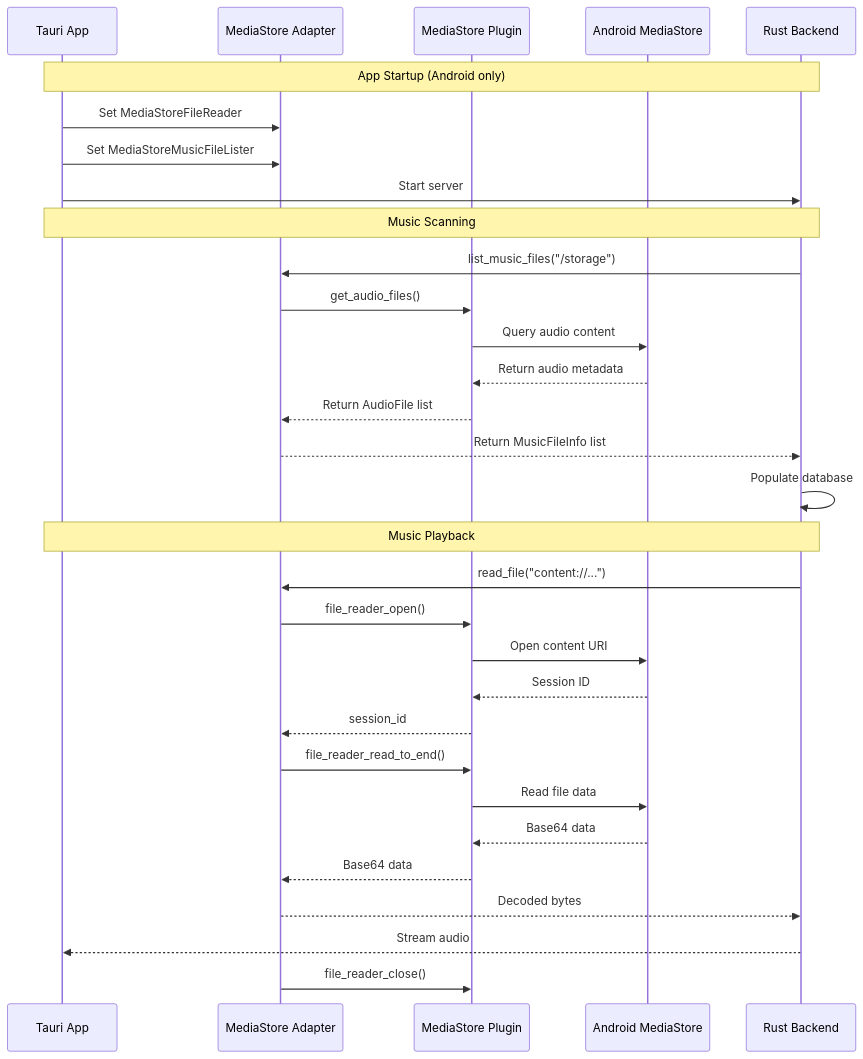
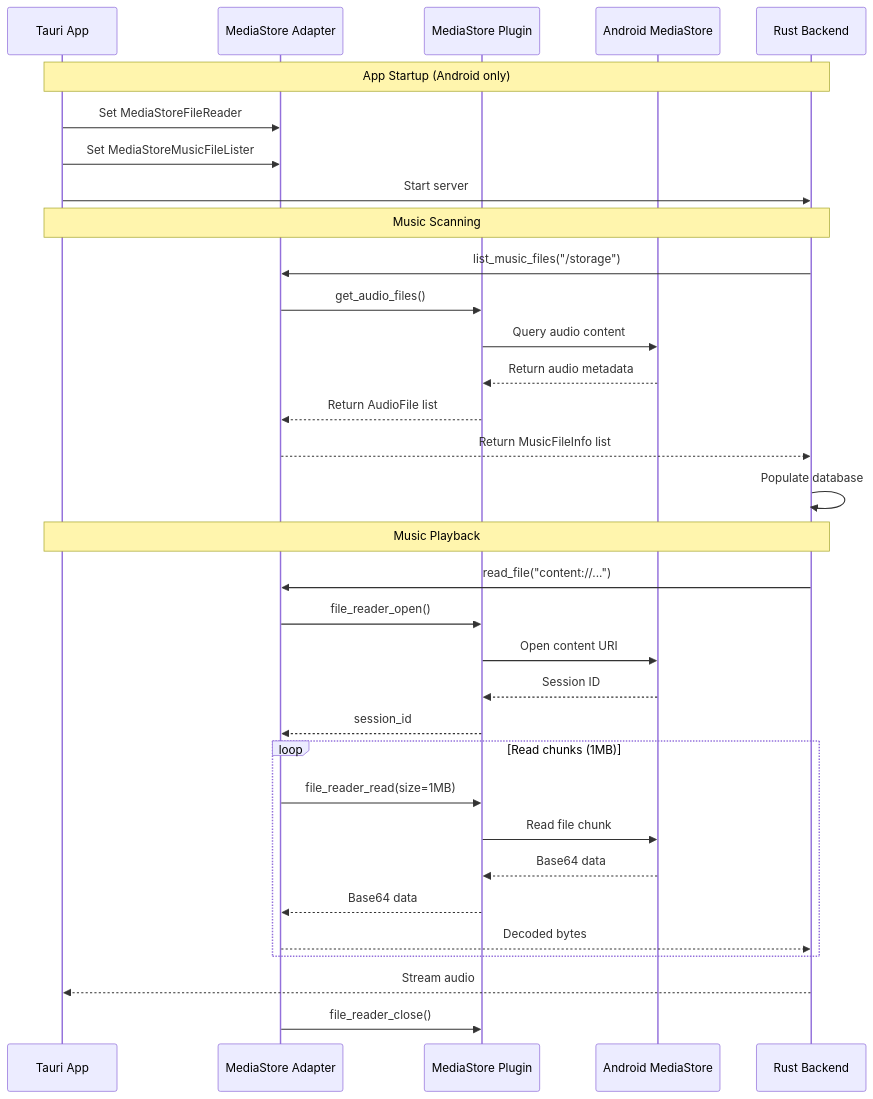
The diagram in docs/android/mediastore-integration.md (Afeather2017/Kaulan), drawn with Mermaid before and after one commit. The commit also changed other lines of this file and 5 other files, not shown here.

Commit message:
Stream music in chunks for Android MediaStore

````diff
--- a/docs/android/mediastore-integration.md
+++ b/docs/android/mediastore-integration.md
@@ -26,36 +26,38 @@
 ```mermaid
 sequenceDiagram
     participant App as Tauri App
     participant Adapter as MediaStore Adapter
     participant Plugin as MediaStore Plugin
     participant MediaStore as Android MediaStore
     participant Backend as Rust Backend
 
     Note over App,Backend: App Startup (Android only)
     App->>Adapter: Set MediaStoreFileReader
     App->>Adapter: Set MediaStoreMusicFileLister
     App->>Backend: Start server
 
     Note over App,Backend: Music Scanning
     Backend->>Adapter: list_music_files("/storage")
     Adapter->>Plugin: get_audio_files()
     Plugin->>MediaStore: Query audio content
     MediaStore-->>Plugin: Return audio metadata
     Plugin-->>Adapter: Return AudioFile list
     Adapter-->>Backend: Return MusicFileInfo list
     Backend->>Backend: Populate database
 
     Note over App,Backend: Music Playback
     Backend->>Adapter: read_file("content://...")
     Adapter->>Plugin: file_reader_open()
     Plugin->>MediaStore: Open content URI
     MediaStore-->>Plugin: Session ID
     Plugin-->>Adapter: session_id
-    Adapter->>Plugin: file_reader_read_to_end()
-    Plugin->>MediaStore: Read file data
-    MediaStore-->>Plugin: Base64 data
-    Plugin-->>Adapter: Base64 data
-    Adapter-->>Backend: Decoded bytes
+    loop Read chunks (1MB)
+        Adapter->>Plugin: file_reader_read(size=1MB)
+        Plugin->>MediaStore: Read file chunk
+        MediaStore-->>Plugin: Base64 data
+        Plugin-->>Adapter: Base64 data
+        Adapter-->>Backend: Decoded bytes
+    end
     Backend-->>App: Stream audio
     Adapter->>Plugin: file_reader_close()
 ```
````
